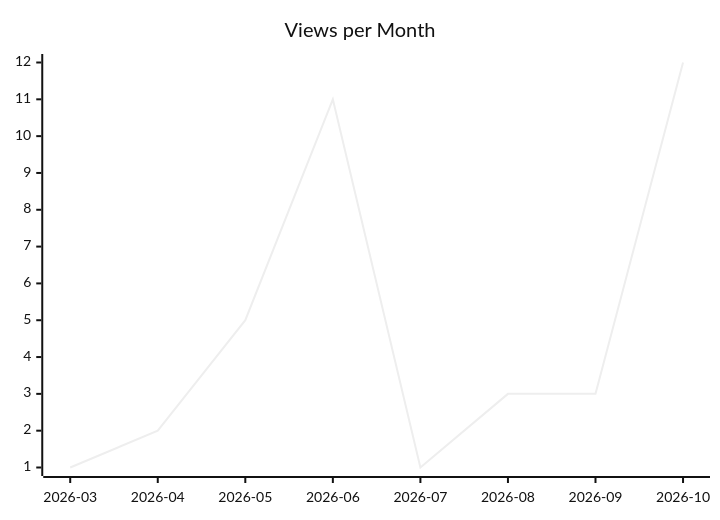
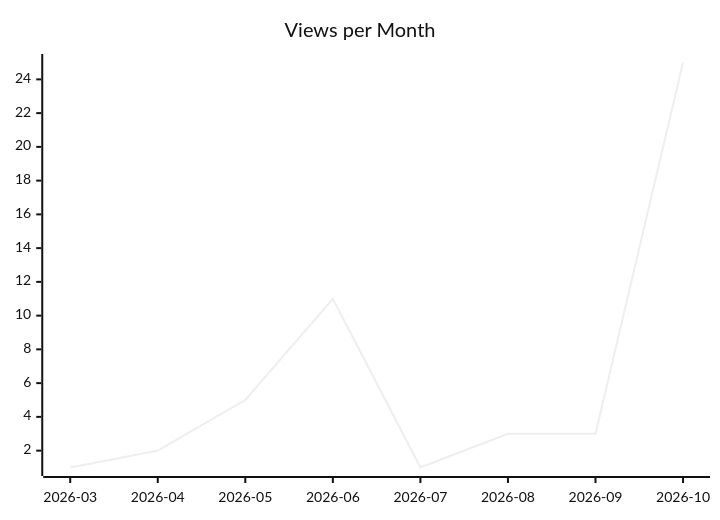
The second of 3 diagrams in karlmdavis/justdavis-ansible/README.md (justdavis-family/github-analytics-data), drawn with Mermaid (neutral theme) before and after one commit. The commit also changed other lines of this file and 202 other files, not shown here.

````diff
--- a/karlmdavis/justdavis-ansible/README.md
+++ b/karlmdavis/justdavis-ansible/README.md
@@ -12,6 +12,6 @@
 ```mermaid
 xychart-beta
   title "Views per Month"
   x-axis ["2026-03", "2026-04", "2026-05", "2026-06", "2026-07", "2026-08", "2026-09", "2026-10"]
-  line [1, 2, 5, 11, 1, 3, 3, 12]
+  line [1, 2, 5, 11, 1, 3, 3, 25]
 ```
````
